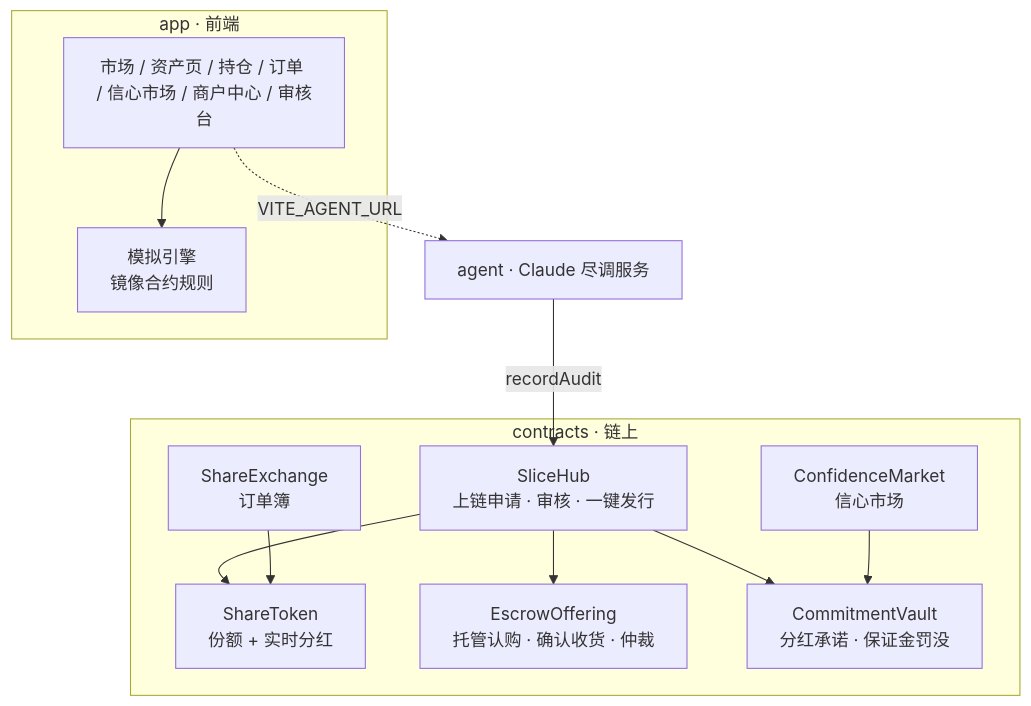
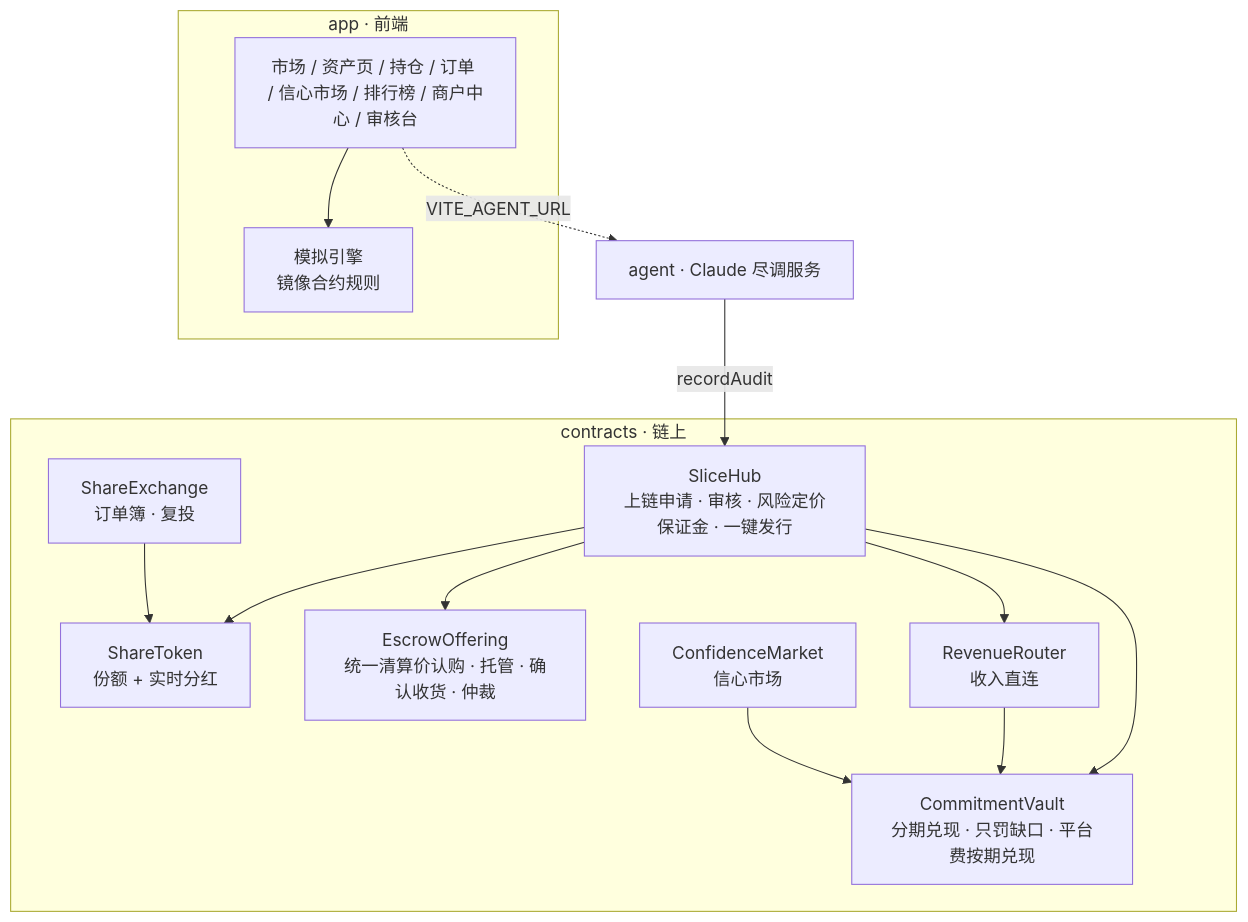
One commit to wenjun19711022-cpu/human-api changed the diagram in slice/README.md. Above: the diagram before and after it, drawn with Mermaid. The commit also changed other lines of this file and 41 other files, not shown here.

````diff
--- a/slice/README.md
+++ b/slice/README.md
@@ -28,22 +32,24 @@
 ```mermaid
 flowchart TB
   subgraph app[app · 前端]
-    UI[市场 / 资产页 / 持仓 / 订单 / 信心市场 / 商户中心 / 审核台]
+    UI[市场 / 资产页 / 持仓 / 订单 / 信心市场 / 排行榜 / 商户中心 / 审核台]
     ENG[模拟引擎<br/>镜像合约规则]
   end
   subgraph chain[contracts · 链上]
-    HUB[SliceHub<br/>上链申请 · 审核 · 一键发行]
+    HUB[SliceHub<br/>上链申请 · 审核 · 风险定价保证金 · 一键发行]
     TOK[ShareToken<br/>份额 + 实时分红]
-    ESC[EscrowOffering<br/>托管认购 · 确认收货 · 仲裁]
-    VAU[CommitmentVault<br/>分红承诺 · 保证金罚没]
+    ESC[EscrowOffering<br/>统一清算价认购 · 托管 · 确认收货 · 仲裁]
+    VAU[CommitmentVault<br/>分期兑现 · 只罚缺口 · 平台费按期兑现]
+    RR[RevenueRouter<br/>收入直连]
     CON[ConfidenceMarket<br/>信心市场]
-    EX[ShareExchange<br/>订单簿]
+    EX[ShareExchange<br/>订单簿 · 复投]
   end
   AG[agent · Claude 尽调服务]
   UI --> ENG
   UI -. VITE_AGENT_URL .-> AG
   AG -- recordAudit --> HUB
-  HUB --> TOK & ESC & VAU
+  HUB --> TOK & ESC & VAU & RR
+  RR --> VAU
   CON --> VAU
   EX --> TOK
 ```
````
